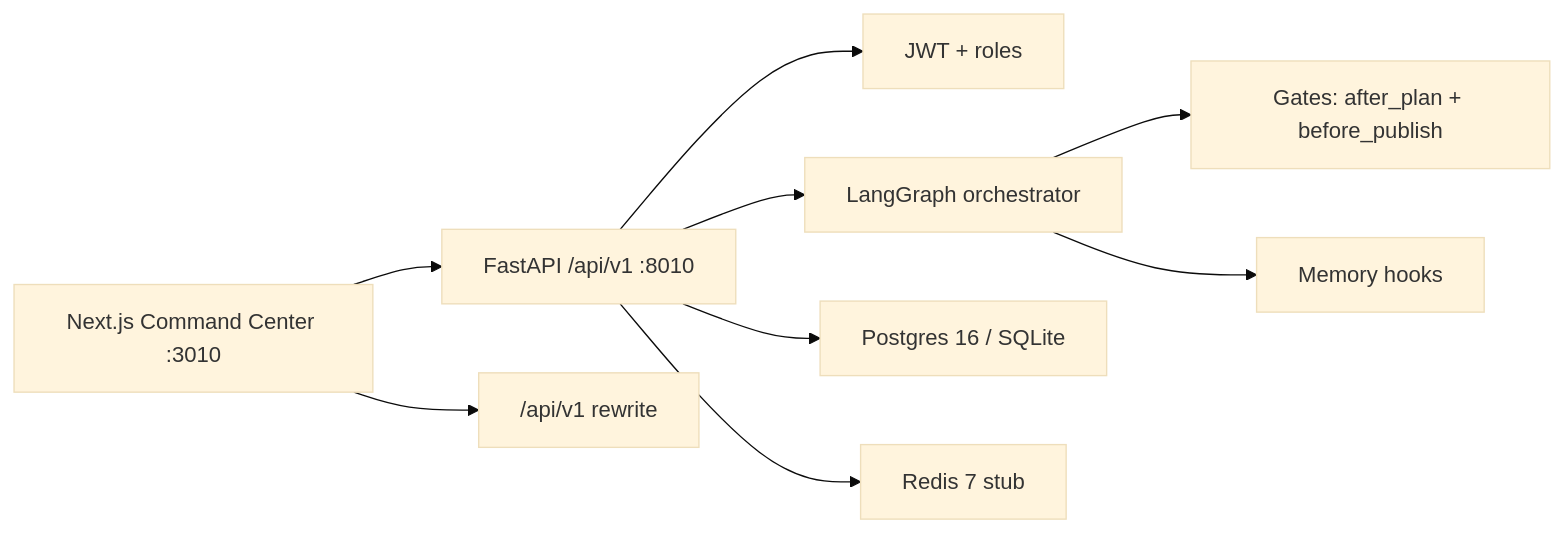
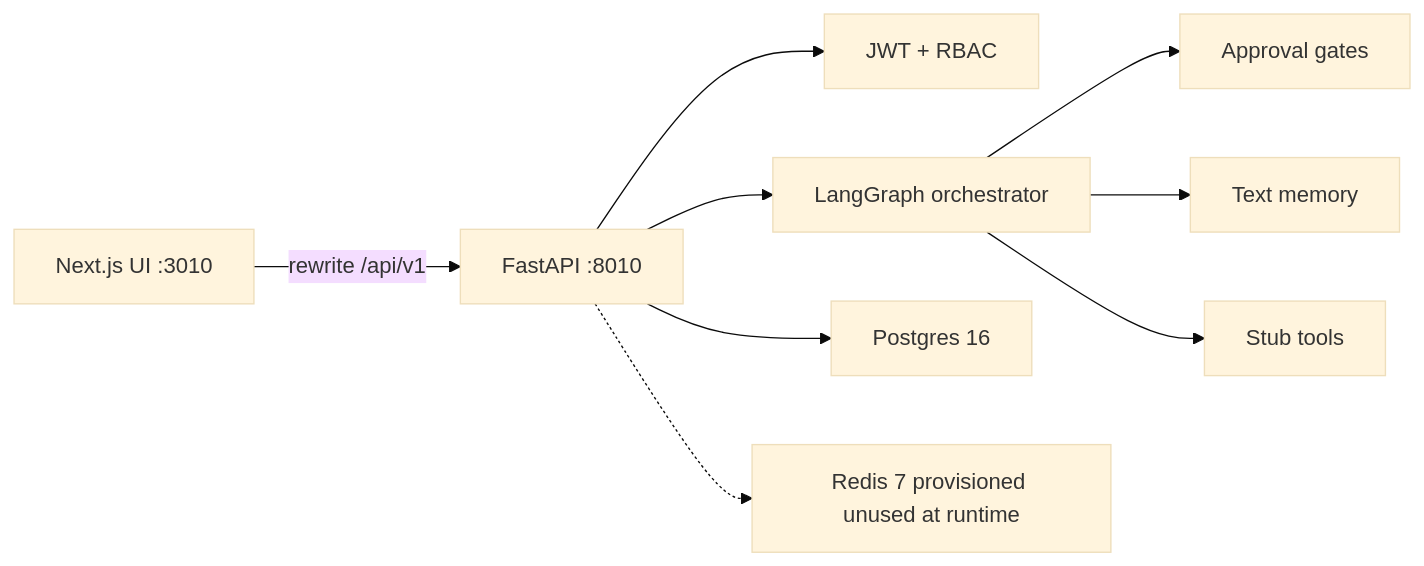
The second of 2 diagrams in README.md (kasaam-ali/ALLinONE), drawn with Mermaid (base theme) before and after one commit. The commit also changed other lines of this file, not shown here.

Commit message:
docs: professional README audit rewrite with honest MVP scope

````diff
--- a/README.md
+++ b/README.md
@@ -50,11 +120,11 @@
 ```mermaid
 flowchart LR
-  UI["Next.js Command Center :3010"] --> API["FastAPI /api/v1 :8010"]
-  API --> Auth["JWT + roles"]
-  API --> Graph["LangGraph orchestrator"]
-  Graph --> Gates["Gates: after_plan + before_publish"]
-  Graph --> Mem["Memory hooks"]
-  API --> PG["Postgres 16 / SQLite"]
-  API --> Redis["Redis 7 stub"]
-  UI --> Proxy["/api/v1 rewrite"]
+  Browser["Next.js UI :3010"] -->|rewrite /api/v1| API["FastAPI :8010"]
+  API --> Auth["JWT + RBAC"]
+  API --> Orch["LangGraph orchestrator"]
+  Orch --> Gates["Approval gates"]
+  Orch --> Mem["Text memory"]
+  Orch --> Tools["Stub tools"]
+  API --> PG["Postgres 16"]
+  API -.-> Redis["Redis 7 provisioned unused at runtime"]
 ```
````
